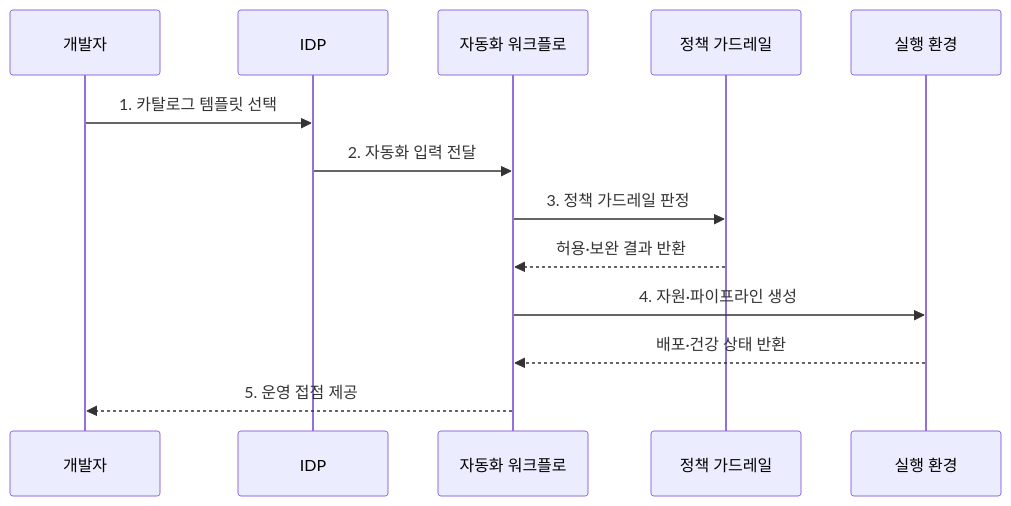
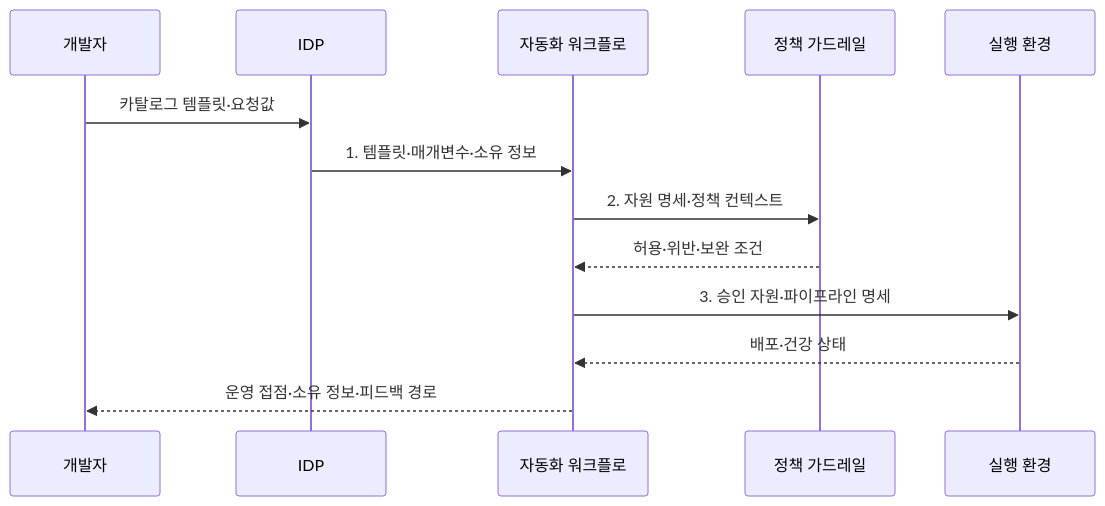
Before and after one commit to agnusdei1207/knowledge-base: the second of 2 diagrams in src/content/docs/notes/03-software/082_platform_engineering_idp.md, drawn with Mermaid. The commit also changed other lines of this file and 20 other files, not shown here.

````diff
--- a/src/content/docs/notes/03-software/082_platform_engineering_idp.md
+++ b/src/content/docs/notes/03-software/082_platform_engineering_idp.md
@@ -79,15 +87,15 @@
 ```mermaid
 sequenceDiagram
     participant D as 개발자
     participant P as IDP
     participant W as 자동화 워크플로
     participant G as 정책 가드레일
     participant R as 실행 환경
-    D->>P: 1. 카탈로그 템플릿 선택
-    P->>W: 2. 자동화 입력 전달
-    W->>G: 3. 정책 가드레일 판정
-    G-->>W: 허용·보완 결과 반환
-    W->>R: 4. 자원·파이프라인 생성
-    R-->>W: 배포·건강 상태 반환
-    W-->>D: 5. 운영 접점 제공
+    D->>P: 카탈로그 템플릿·요청값
+    P->>W: 1. 템플릿·매개변수·소유 정보
+    W->>G: 2. 자원 명세·정책 컨텍스트
+    G-->>W: 허용·위반·보완 조건
+    W->>R: 3. 승인 자원·파이프라인 명세
+    R-->>W: 배포·건강 상태
+    W-->>D: 운영 접점·소유 정보·피드백 경로
 ```
````
